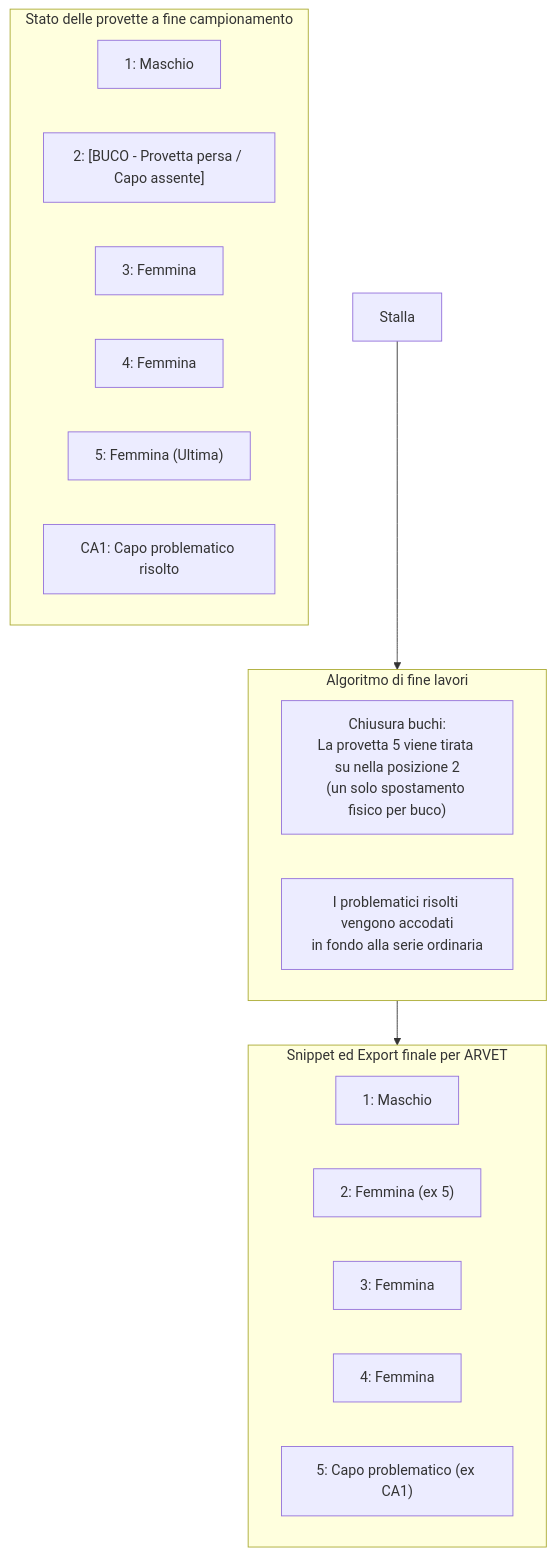
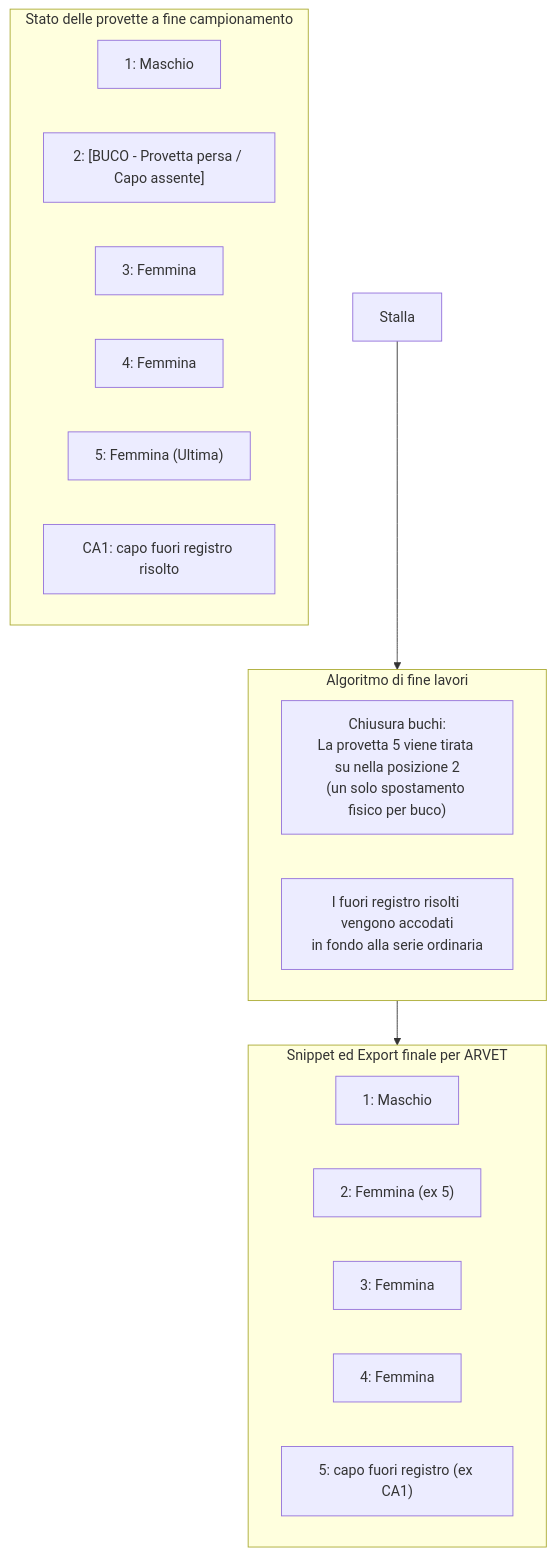
Before and after one commit to uvesco/fejalog-sito: the fifth of 5 diagrams in docs/riferimento/sotto-il-cofano/index.md, drawn with Mermaid. The commit also changed other lines of this file and 63 other files, not shown here.

````diff
--- a/docs/riferimento/sotto-il-cofano/index.md
+++ b/docs/riferimento/sotto-il-cofano/index.md
@@ -251,27 +251,27 @@
 ```mermaid
 flowchart TD
     subgraph Campo["Stato delle provette a fine campionamento"]
         P1["1: Maschio"]
         P2["2: [BUCO - Provetta persa / Capo assente]"]
         P3["3: Femmina"]
         P4["4: Femmina"]
         P5["5: Femmina (Ultima)"]
-        Prob["CA1: Capo problematico risolto"]
+        Prob["CA1: capo fuori registro risolto"]
     end
 
     subgraph Riordino["Algoritmo di fine lavori"]
         RiordinoAzione["Chiusura buchi:<br/>La provetta 5 viene tirata su nella posizione 2<br/>(un solo spostamento fisico per buco)"]
-        AccodaProb["I problematici risolti vengono accodati<br/>in fondo alla serie ordinaria"]
+        AccodaProb["I fuori registro risolti vengono accodati<br/>in fondo alla serie ordinaria"]
     end
 
     subgraph ARVET["Snippet ed Export finale per ARVET"]
         ARV1["1: Maschio"]
         ARV2["2: Femmina (ex 5)"]
         ARV3["3: Femmina"]
         ARV4["4: Femmina"]
-        ARV5["5: Capo problematico (ex CA1)"]
+        ARV5["5: capo fuori registro (ex CA1)"]
     end
 
     Stalla --> Riordino
     Riordino --> ARVET
 ```
````
